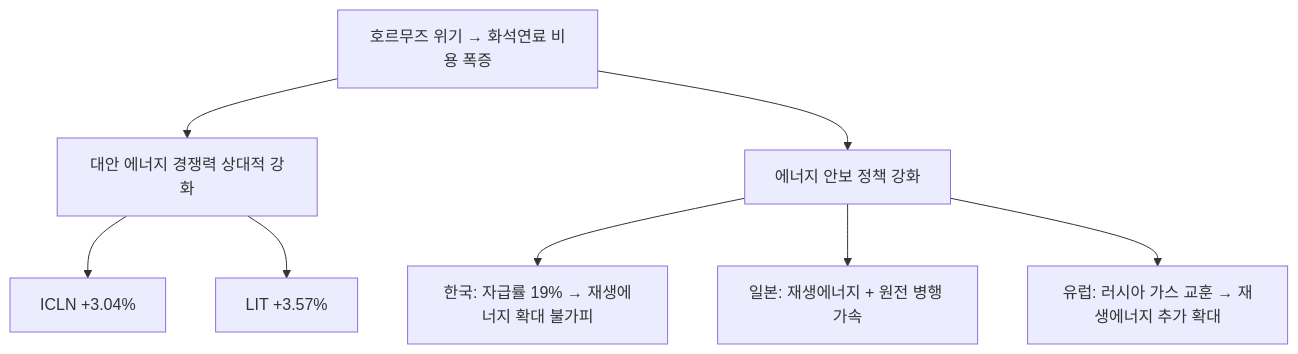
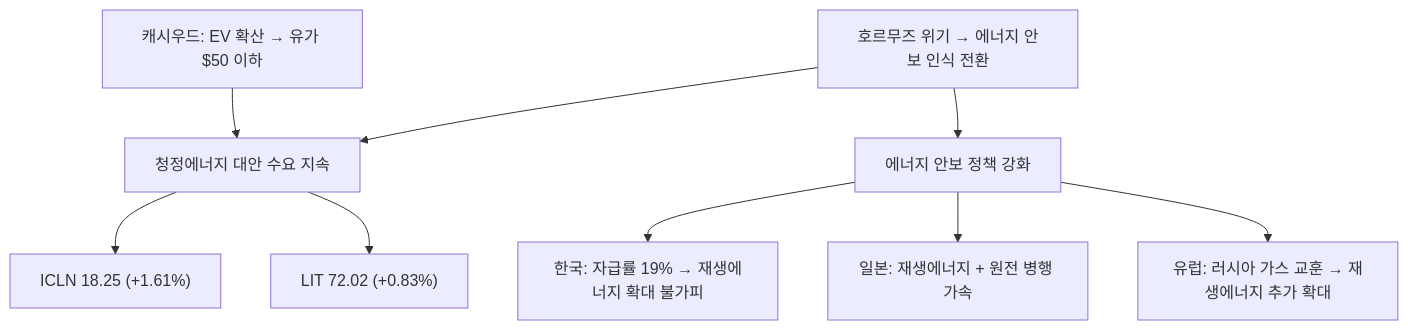
One commit to dss99911/dss99911.github.io changed the eighth of 10 diagrams in _posts/knowledge/invest/2026-03-07-energy-sector-outlook-2026.md. Above: the diagram before and after it, drawn with Mermaid. The commit also changed other lines of this file and 6 other files, not shown here.

````diff
--- a/_posts/knowledge/invest/2026-03-07-energy-sector-outlook-2026.md
+++ b/_posts/knowledge/invest/2026-03-07-energy-sector-outlook-2026.md
@@ -311,10 +319,11 @@
 ```mermaid
 graph TD
-    A["호르무즈 위기 → 화석연료 비용 폭증"] --> B["대안 에너지 경쟁력 상대적 강화"]
-    B --> C["ICLN +3.04%"]
-    B --> D["LIT +3.57%"]
+    A["호르무즈 위기 → 에너지 안보 인식 전환"] --> B["청정에너지 대안 수요 지속"]
+    B --> C["ICLN 18.25 (+1.61%)"]
+    B --> D["LIT 72.02 (+0.83%)"]
     A --> E["에너지 안보 정책 강화"]
     E --> F["한국: 자급률 19% → 재생에너지 확대 불가피"]
     E --> G["일본: 재생에너지 + 원전 병행 가속"]
     E --> H["유럽: 러시아 가스 교훈 → 재생에너지 추가 확대"]
+    I["캐시우드: EV 확산 → 유가 $50 이하"] --> B
 ```
````
